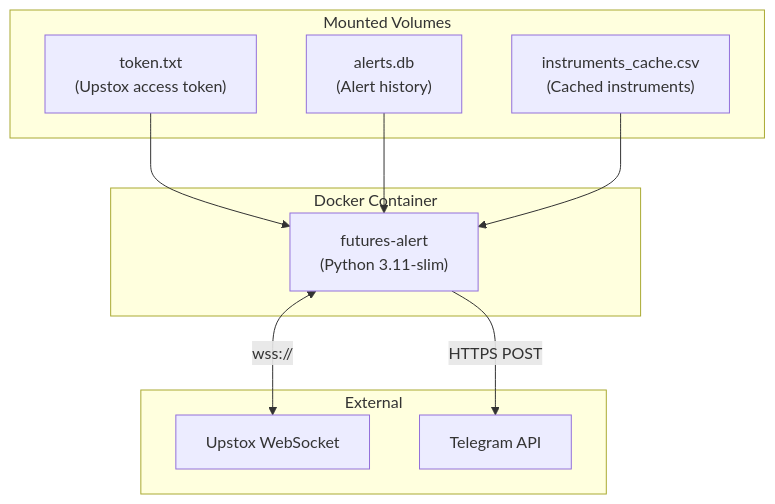
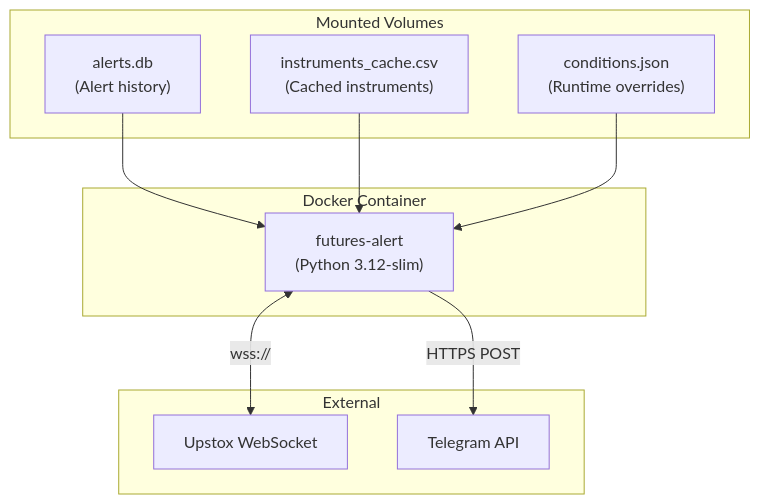
Before and after one commit to Sidd-hass/future-price-prediction: the fifth of 5 diagrams in docs/System-Documentation.md, drawn with Mermaid. The commit also changed other lines of this file and 16 other files, not shown here.

Commit message:
Integrate Upstox analytics token, remove auth server login flow, fix Telegram settings, and dockerize

````diff
--- a/docs/System-Documentation.md
+++ b/docs/System-Documentation.md
@@ -277,23 +268,23 @@
 ```mermaid
 graph TB
     subgraph Docker Container
-        APP["futures-alert<br/>(Python 3.11-slim)"]
+        APP["futures-alert<br/>(Python 3.12-slim)"]
     end
 
     subgraph Mounted Volumes
-        V1["token.txt<br/>(Upstox access token)"]
         V2["alerts.db<br/>(Alert history)"]
         V3["instruments_cache.csv<br/>(Cached instruments)"]
+        V4["conditions.json<br/>(Runtime overrides)"]
     end
 
     subgraph External
         UP["Upstox WebSocket"]
         TG["Telegram API"]
     end
 
-    V1 --> APP
     V2 --> APP
     V3 --> APP
+    V4 --> APP
     APP <-->|"wss://"| UP
     APP -->|"HTTPS POST"| TG
 ```
````
